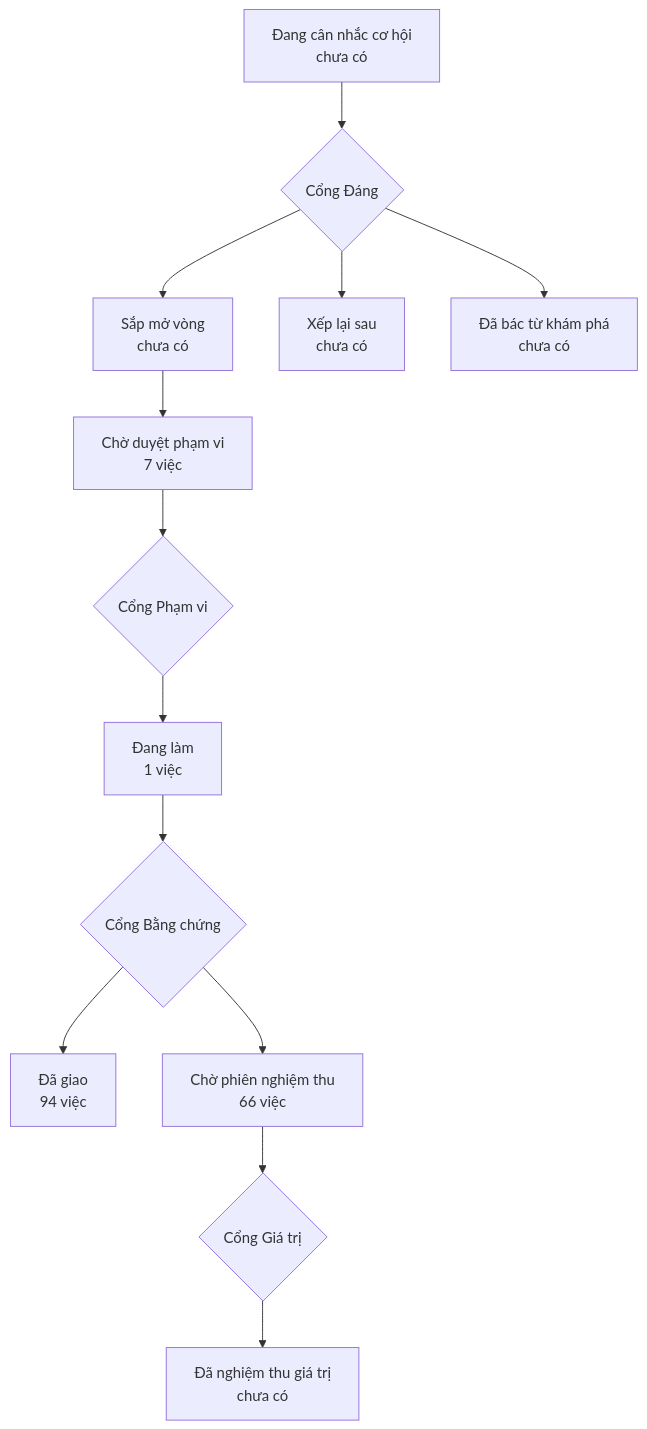
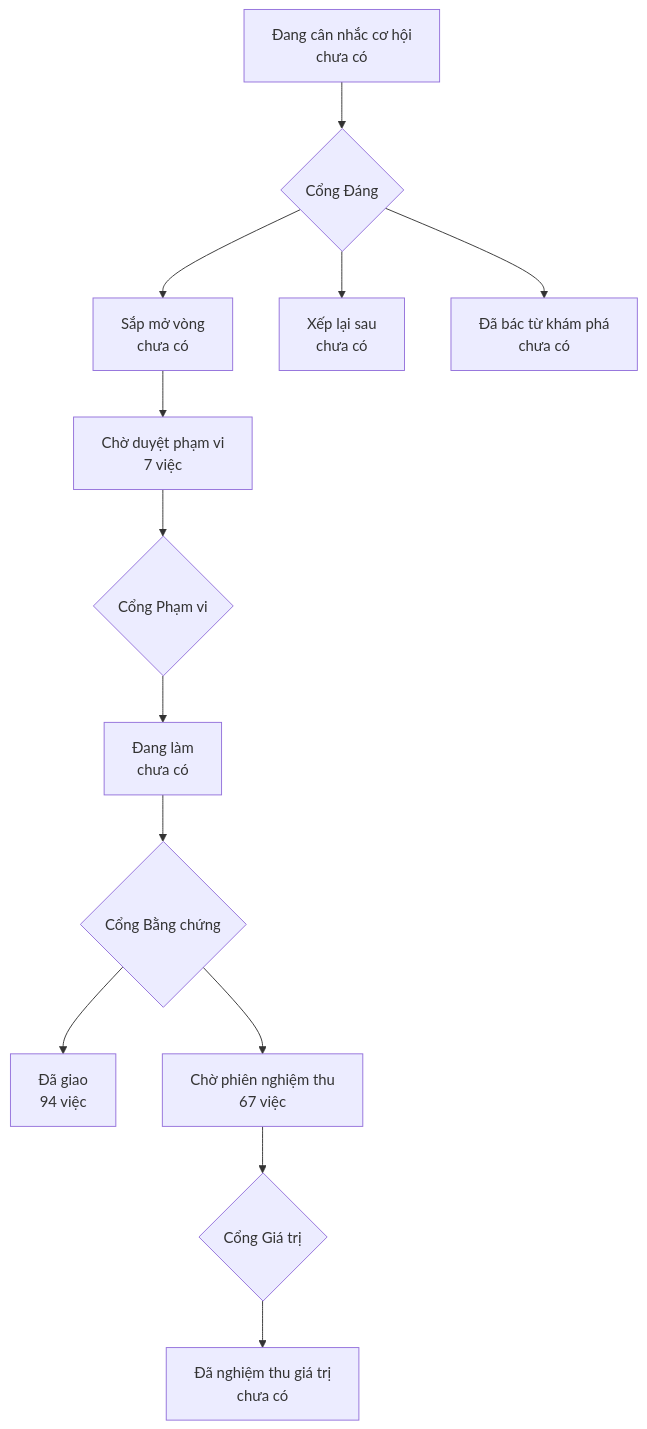
Before and after one commit to phanlemanh/onehub-invest: the diagram in PRODUCT-MAP.md, drawn with Mermaid. The commit also changed other lines of this file and 4 other files, not shown here.

````diff
--- a/PRODUCT-MAP.md
+++ b/PRODUCT-MAP.md
@@ -7,12 +7,12 @@
 ```mermaid
 flowchart TD
   A["Đang cân nhắc cơ hội<br/>chưa có"] --> GD{"Cổng Đáng"}
   GD --> B["Sắp mở vòng<br/>chưa có"]
   GD --> XL["Xếp lại sau<br/>chưa có"]
   GD --> DB["Đã bác từ khám phá<br/>chưa có"]
   B --> CD["Chờ duyệt phạm vi<br/>7 việc"] --> GP{"Cổng Phạm vi"}
-  GP --> DL["Đang làm<br/>1 việc"] --> GB{"Cổng Bằng chứng"}
+  GP --> DL["Đang làm<br/>chưa có"] --> GB{"Cổng Bằng chứng"}
   GB --> DG["Đã giao<br/>94 việc"]
-  GB --> CN["Chờ phiên nghiệm thu<br/>66 việc"] --> GG{"Cổng Giá trị"}
+  GB --> CN["Chờ phiên nghiệm thu<br/>67 việc"] --> GG{"Cổng Giá trị"}
   GG --> NT["Đã nghiệm thu giá trị<br/>chưa có"]
 ```
````
